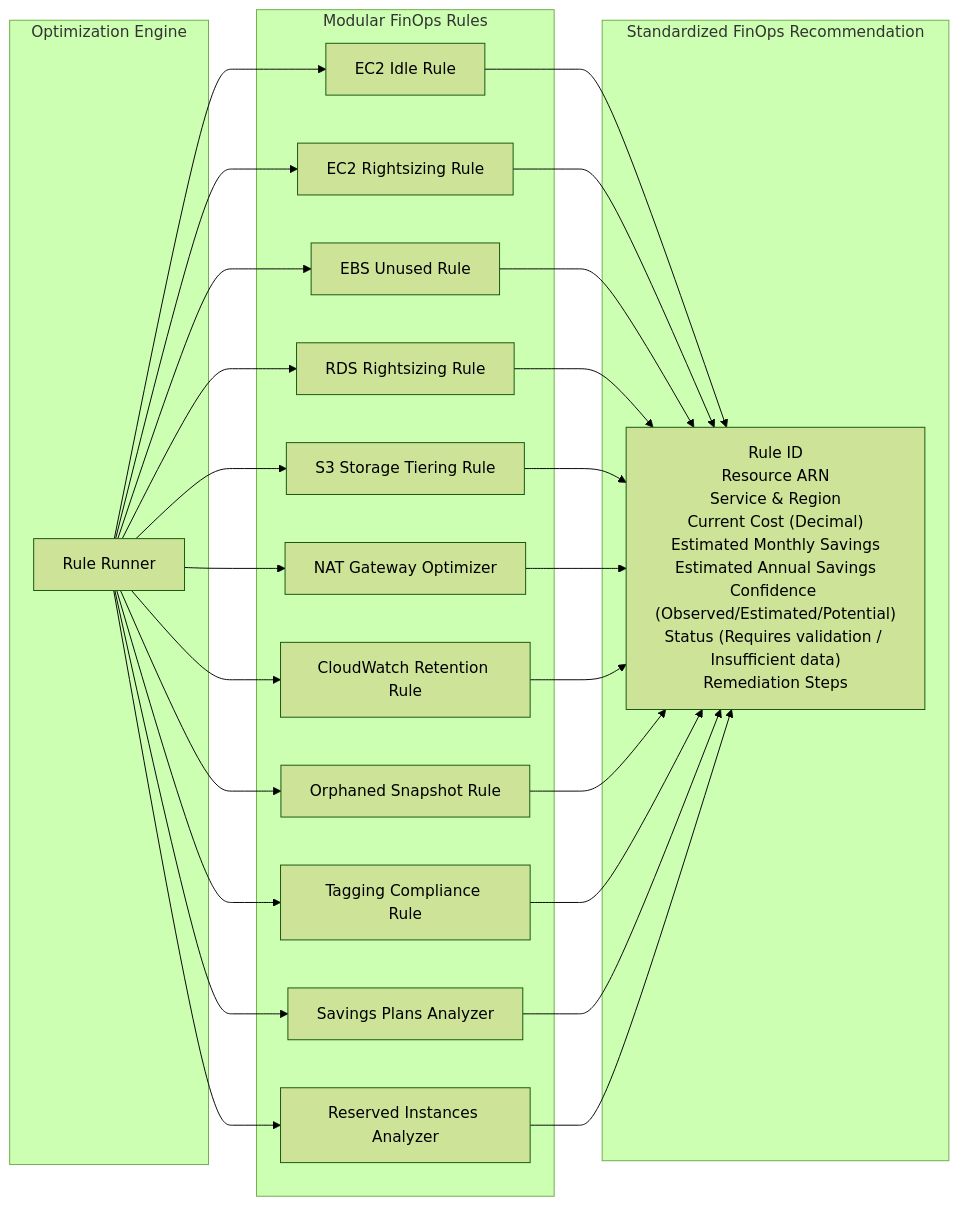
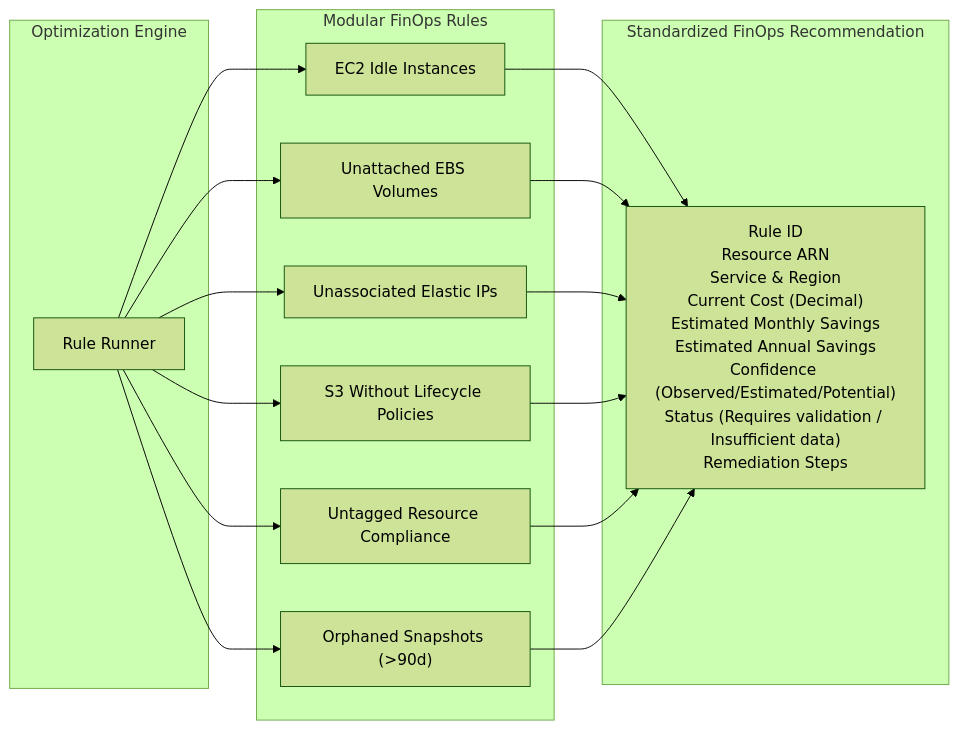
Before and after one commit to bh-gaur/cloud-cost-intelligence: the third of 6 diagrams in docs/ARCHITECTURE.md, drawn with Mermaid (forest theme). The commit also changed other lines of this file and 62 other files, not shown here.

````diff
--- a/docs/ARCHITECTURE.md
+++ b/docs/ARCHITECTURE.md
@@ -122,27 +120,22 @@
 ```mermaid
 flowchart LR
     subgraph Engine ["Optimization Engine"]
         Runner["Rule Runner"]
     end
 
     subgraph Rules ["Modular FinOps Rules"]
-        R1["EC2 Idle Rule"]
-        R2["EC2 Rightsizing Rule"]
-        R3["EBS Unused Rule"]
-        R4["RDS Rightsizing Rule"]
-        R5["S3 Storage Tiering Rule"]
-        R6["NAT Gateway Optimizer"]
-        R7["CloudWatch Retention Rule"]
-        R8["Orphaned Snapshot Rule"]
-        R9["Tagging Compliance Rule"]
-        R10["Savings Plans Analyzer"]
-        R11["Reserved Instances Analyzer"]
+        R1["EC2 Idle Instances"]
+        R2["Unattached EBS Volumes"]
+        R3["Unassociated Elastic IPs"]
+        R4["S3 Without Lifecycle Policies"]
+        R5["Untagged Resource Compliance"]
+        R6["Orphaned Snapshots (>90d)"]
     end
 
     subgraph Output ["Standardized FinOps Recommendation"]
         Model["Rule ID<br/>Resource ARN<br/>Service & Region<br/>Current Cost (Decimal)<br/>Estimated Monthly Savings<br/>Estimated Annual Savings<br/>Confidence (Observed/Estimated/Potential)<br/>Status (Requires validation / Insufficient data)<br/>Remediation Steps"]
     end
 
-    Runner --> R1 & R2 & R3 & R4 & R5 & R6 & R7 & R8 & R9 & R10 & R11
-    R1 & R2 & R3 & R4 & R5 & R6 & R7 & R8 & R9 & R10 & R11 --> Model
+    Runner --> R1 & R2 & R3 & R4 & R5 & R6
+    R1 & R2 & R3 & R4 & R5 & R6 --> Model
 ```
````
